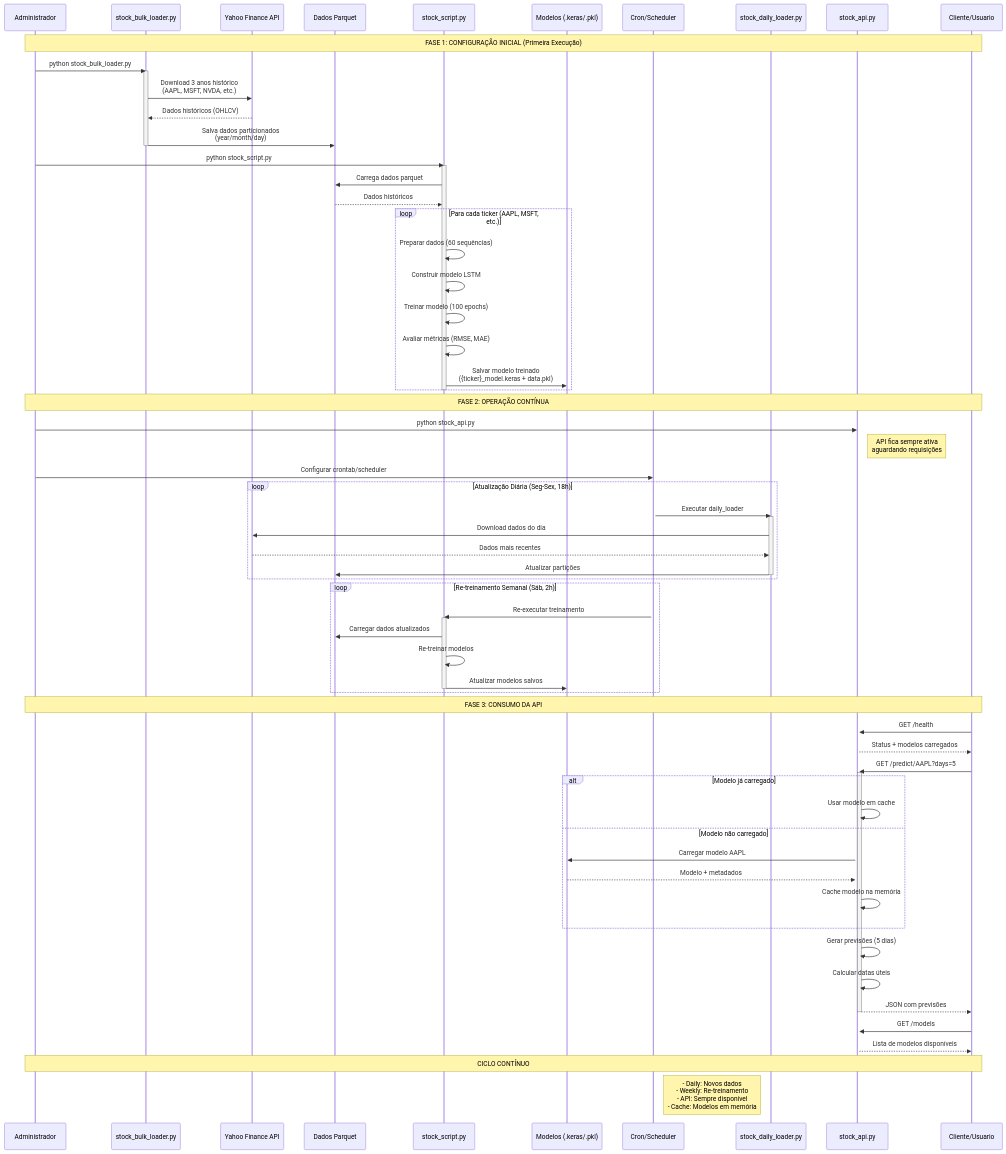
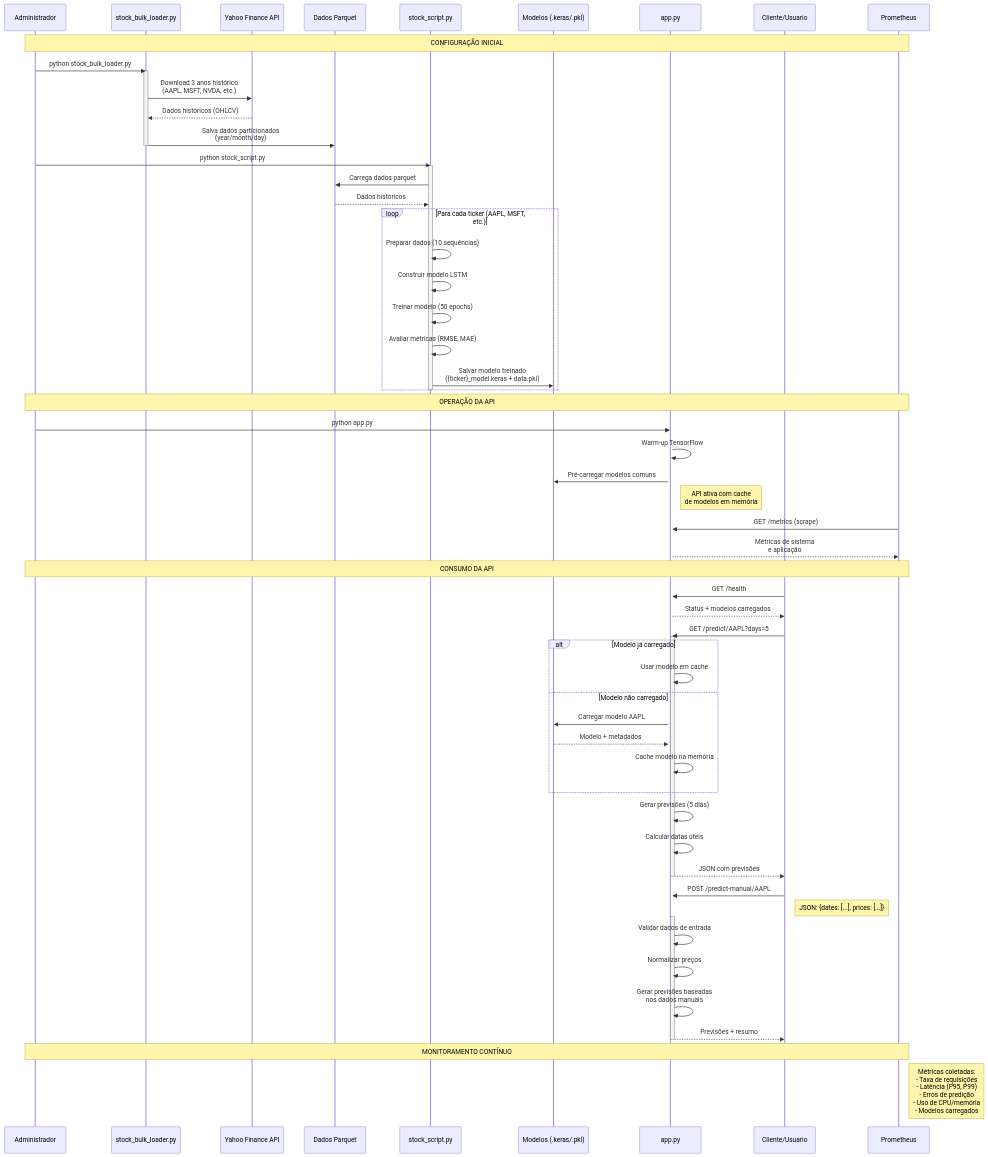
Before and after one commit to marcelopera/techchallenge4: the diagram in README.md, drawn with Mermaid. The commit also changed other lines of this file, not shown here.

````diff
--- a/README.md
+++ b/README.md
@@ -37,12 +39,11 @@
         participant Storage as Dados Parquet
         participant Script as stock_script.py
         participant Models as Modelos (.keras/.pkl)
-        participant Scheduler as Cron/Scheduler
-        participant Daily as stock_daily_loader.py
-        participant API as stock_api.py
+        participant API as app.py
         participant Client as Cliente/Usuario
+        participant Prometheus as Prometheus
         
-        Note over Admin, Client: FASE 1: CONFIGURAÇÃO INICIAL (Primeira Execução)
+        Note over Admin, Prometheus: CONFIGURAÇÃO INICIAL
         
         Admin->>Bulk: python stock_bulk_loader.py
         activate Bulk
@@ -57,42 +58,26 @@
         Storage-->>Script: Dados históricos
         
         loop Para cada ticker (AAPL, MSFT, etc.)
-            Script->>Script: Preparar dados (60 sequências)
+            Script->>Script: Preparar dados (10 sequências)
             Script->>Script: Construir modelo LSTM
-            Script->>Script: Treinar modelo (100 epochs)
+            Script->>Script: Treinar modelo (50 epochs)
             Script->>Script: Avaliar métricas (RMSE, MAE)
             Script->>Models: Salvar modelo treinado<br/>({ticker}_model.keras + data.pkl)
         end
         deactivate Script
         
-        Note over Admin, Client: FASE 2: OPERAÇÃO CONTÍNUA
+        Note over Admin, Prometheus: OPERAÇÃO DA API
         
-        Admin->>API: python stock_api.py
+        Admin->>API: python app.py
         activate API
-        Note right of API: API fica sempre ativa<br/>aguardando requisições
+        API->>API: Warm-up TensorFlow
+        API->>Models: Pré-carregar modelos comuns
+        Note right of API: API ativa com cache<br/>de modelos em memória
         
-        Admin->>Scheduler: Configurar crontab/scheduler
-        activate Scheduler
+        Prometheus->>API: GET /metrics (scrape)
+        API-->>Prometheus: Métricas de sistema<br/>e aplicação
         
-        loop Atualização Diária (Seg-Sex, 18h)
-            Scheduler->>Daily: Executar daily_loader
-            activate Daily
-            Daily->>YF: Download dados do dia
-            YF-->>Daily: Dados mais recentes
-            Daily->>Storage: Atualizar partições
-            deactivate Daily
-        end
-        
-        loop Re-treinamento Semanal (Sáb, 2h)
-            Scheduler->>Script: Re-executar treinamento
-            activate Script
-            Script->>Storage: Carregar dados atualizados
-            Script->>Script: Re-treinar modelos
-            Script->>Models: Atualizar modelos salvos
-            deactivate Script
-        end
-        
-        Note over Admin, Client: FASE 3: CONSUMO DA API
+        Note over Admin, Prometheus: CONSUMO DA API
         
         Client->>API: GET /health
         API-->>Client: Status + modelos carregados
@@ -113,9 +98,15 @@
         API-->>Client: JSON com previsões
         deactivate API
         
-        Client->>API: GET /models
-        API-->>Client: Lista de modelos disponíveis
+        Client->>API: POST /predict-manual/AAPL
+        Note right of Client: JSON: {dates: [...], prices: [...]}
+        activate API
+        API->>API: Validar dados de entrada
+        API->>API: Normalizar preços
+        API->>API: Gerar previsões baseadas<br/>nos dados manuais
+        API-->>Client: Previsões + resumo
+        deactivate API
         
-        Note over Admin, Client: CICLO CONTÍNUO
-        Note right of Scheduler: - Daily: Novos dados<br/>- Weekly: Re-treinamento<br/>- API: Sempre disponível<br/>- Cache: Modelos em memória
+        Note over Admin, Prometheus: MONITORAMENTO CONTÍNUO
+        Note right of Prometheus: Métricas coletadas:<br/>- Taxa de requisições<br/>- Latência (P95, P99)<br/>- Erros de predição<br/>- Uso de CPU/memória<br/>- Modelos carregados
 ```
````
